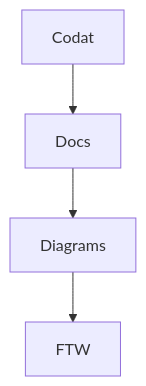
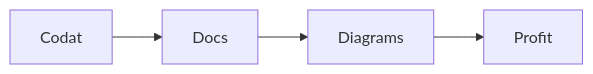
The diagram in README.md (codatio/codat-diagrams), drawn with Mermaid before and after one commit.

````diff
--- a/README.md
+++ b/README.md
@@ -3,7 +3,7 @@
 ```mermaid
 
-  flowchart TD
+  flowchart LR
     Codat --> Docs
     Docs --> Diagrams
-    Diagrams --> FTW
+    Diagrams --> Profit
 ```
````
